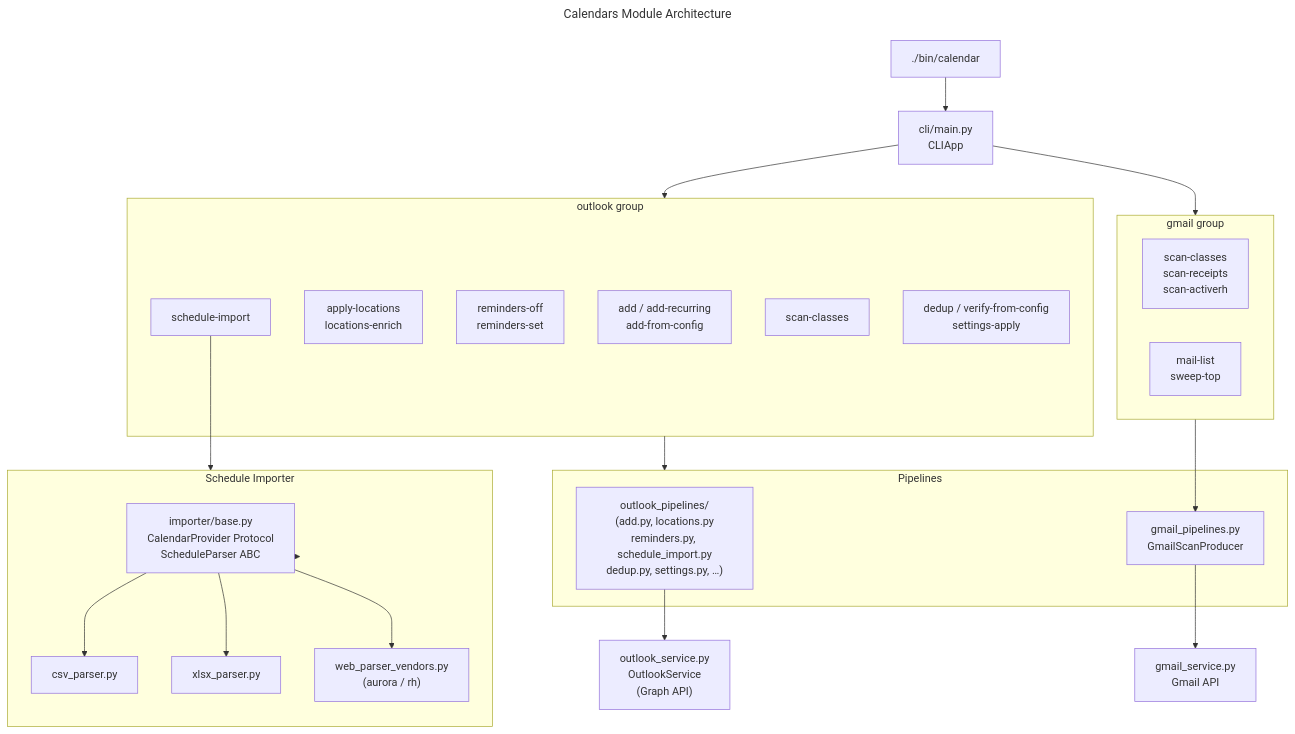
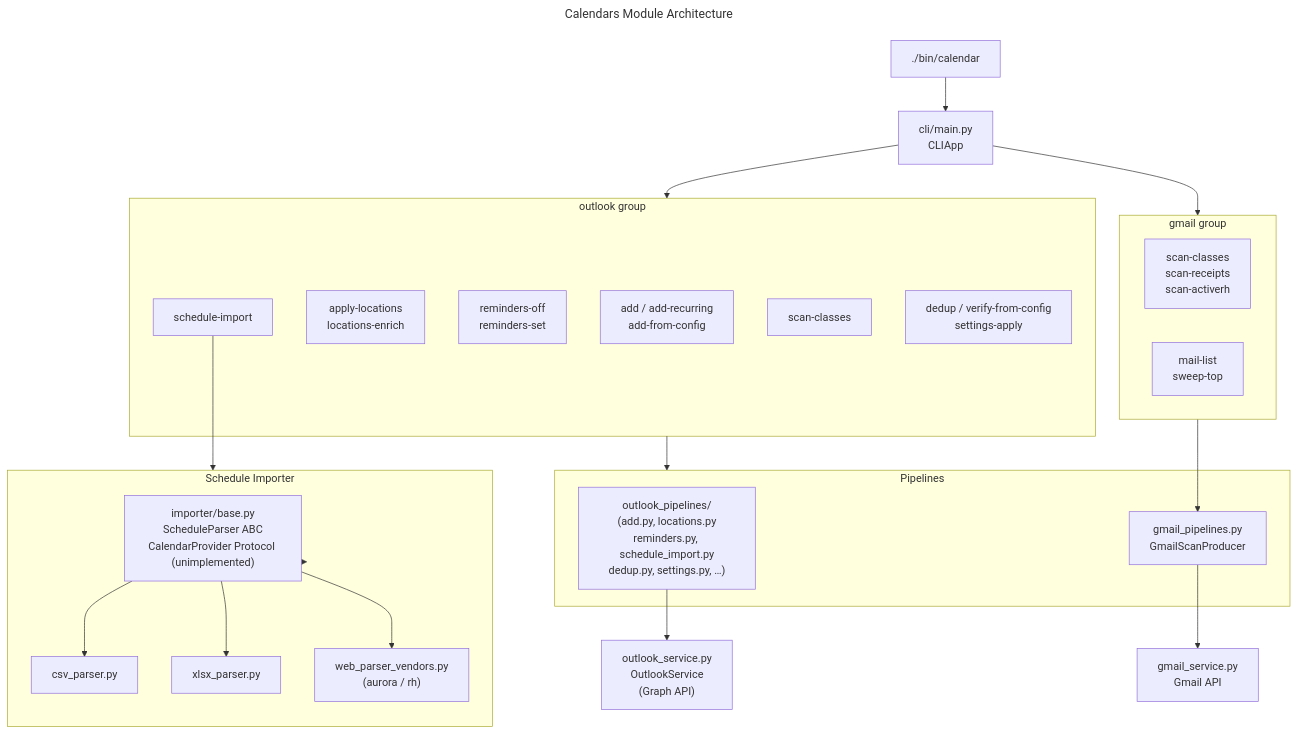
The diagram in src/calendars/README.md (dancing-bear-show/dancing-bear), drawn with Mermaid before and after one commit. The commit also changed other lines of this file and 1 other file, not shown here.

First line of the commit message:
docs(calendars): correct the CalendarProvider protocol claim; document plan export/ICS draft

````diff
--- a/src/calendars/README.md
+++ b/src/calendars/README.md
@@ -11,45 +11,45 @@
 ```mermaid
 ---
 title: Calendars Module Architecture
 ---
 flowchart TB
     bin["./bin/calendar"]
     cli["cli/main.py\nCLIApp"]
     subgraph outlook_cmds["outlook group"]
         o_add["add / add-recurring\nadd-from-config"]
         o_loc["apply-locations\nlocations-enrich"]
         o_rem["reminders-off\nreminders-set"]
         o_imp["schedule-import"]
         o_scan["scan-classes"]
         o_misc["dedup / verify-from-config\nsettings-apply"]
     end
     subgraph gmail_cmds["gmail group"]
         g_scan["scan-classes\nscan-receipts\nscan-activerh"]
         g_mail["mail-list\nsweep-top"]
     end
     subgraph pipelines["Pipelines"]
         o_pipelines["outlook_pipelines/\n(add.py, locations.py\nreminders.py, schedule_import.py\ndedup.py, settings.py, …)"]
         g_pipelines["gmail_pipelines.py\nGmailScanProducer"]
     end
     subgraph importer["Schedule Importer"]
-        i_base["importer/base.py\nCalendarProvider Protocol\nScheduleParser ABC"]
+        i_base["importer/base.py\nScheduleParser ABC\nCalendarProvider Protocol (unimplemented)"]
         i_csv["csv_parser.py"]
         i_xlsx["xlsx_parser.py"]
         i_web["web_parser_vendors.py\n(aurora / rh)"]
     end
     svc_outlook["outlook_service.py\nOutlookService\n(Graph API)"]
     svc_gmail["gmail_service.py\nGmail API"]
 
     bin --> cli
     cli --> outlook_cmds
     cli --> gmail_cmds
     outlook_cmds --> pipelines
     gmail_cmds --> g_pipelines
     o_imp --> importer
     importer --> i_base
     i_base --> i_csv
     i_base --> i_xlsx
     i_base --> i_web
     o_pipelines --> svc_outlook
     g_pipelines --> svc_gmail
 ```
````
